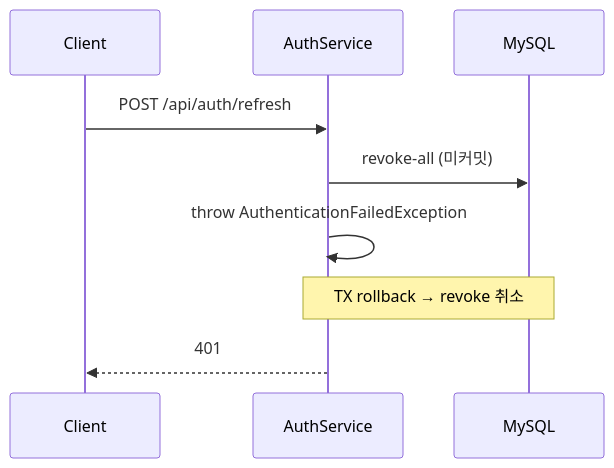
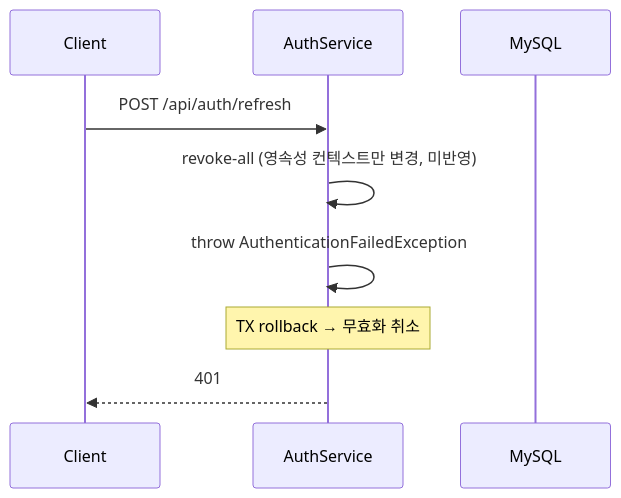
Before and after one commit to g1ennk/FlowMate: the first of 2 diagrams in docs/wiki/auth-reuse-detection-rollback.md, drawn with Mermaid. The commit also changed other lines of this file and 2 other files, not shown here.

Commit message:
docs(wiki): auth-reuse-detection-rollback 위키 문서 개선

````diff
--- a/docs/wiki/auth-reuse-detection-rollback.md
+++ b/docs/wiki/auth-reuse-detection-rollback.md
@@ -109,12 +110,12 @@
 ```mermaid
 sequenceDiagram
     participant C as Client
     participant A as AuthService
     participant DB as MySQL
 
     C->>A: POST /api/auth/refresh
-    A->>DB: revoke-all (미커밋)
+    A->>A: revoke-all (영속성 컨텍스트만 변경, 미반영)
     A->>A: throw AuthenticationFailedException
-    Note over A,DB: TX rollback → revoke 취소
+    Note over A: TX rollback → 무효화 취소
     A-->>C: 401
 ```
````
